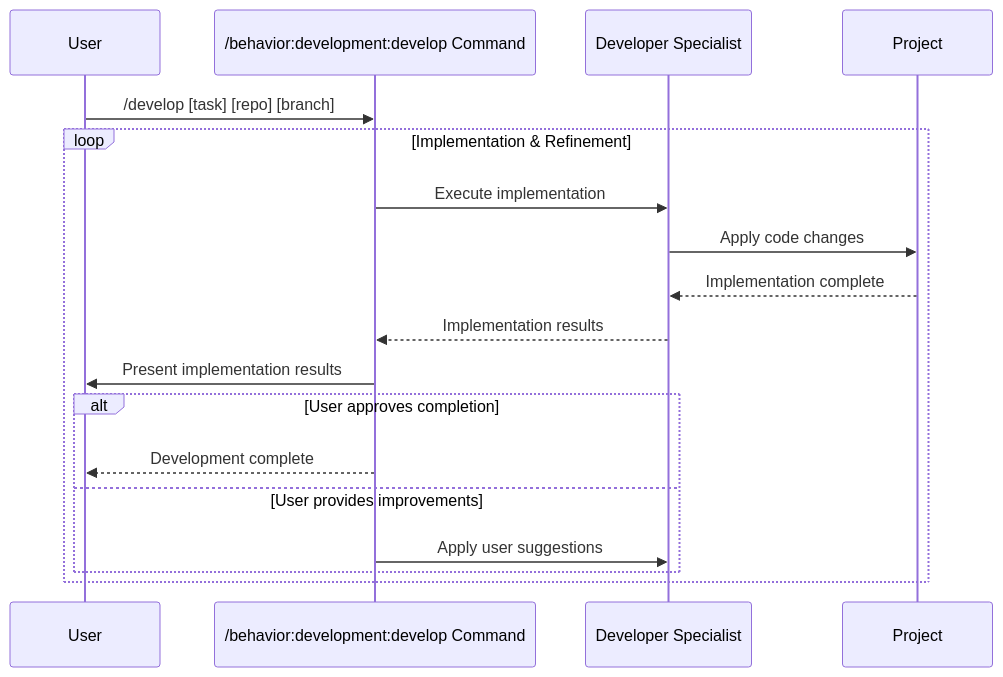
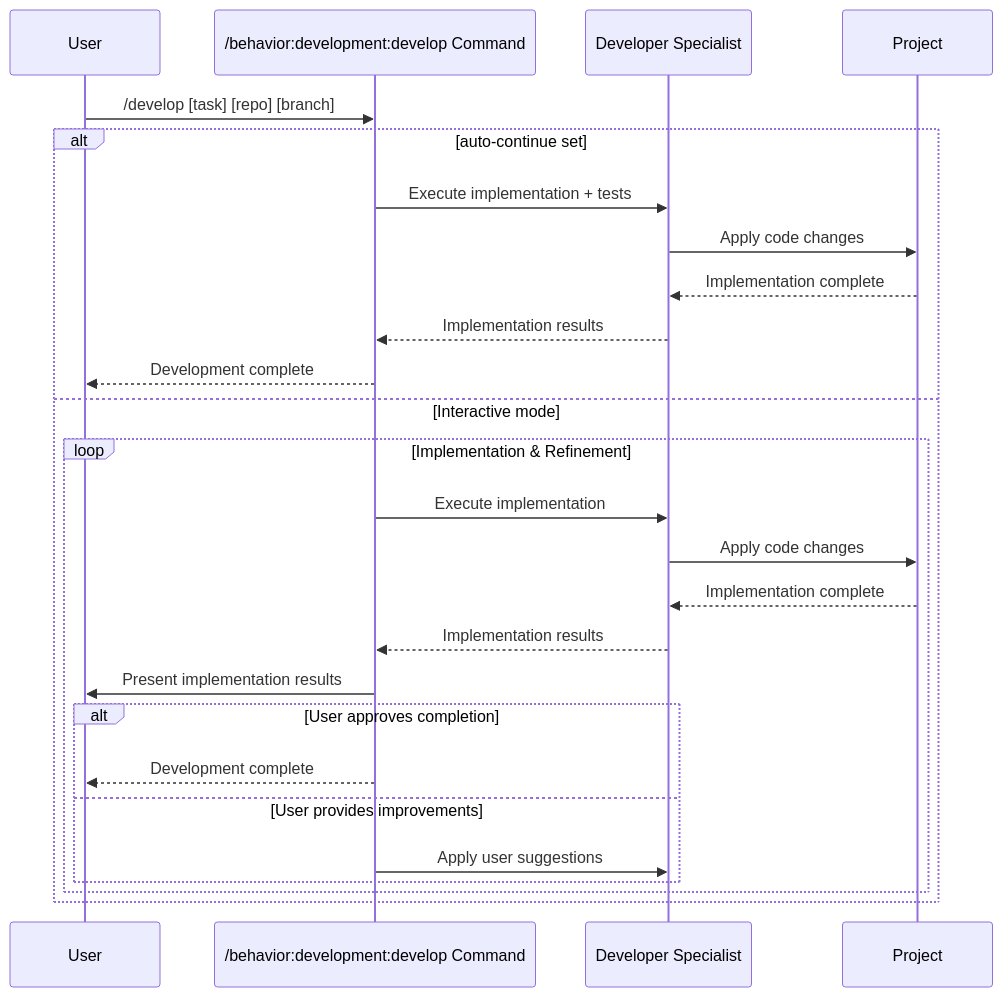
Before and after one commit to zzaia/zzaia-agentic-workspace: the diagram in .claude/commands/behavior/development/develop.md, drawn with Mermaid. The commit also changed other lines of this file and 4 other files, not shown here.

````diff
--- a/.claude/commands/behavior/development/develop.md
+++ b/.claude/commands/behavior/development/develop.md
@@ -54,22 +54,30 @@
 ```mermaid
 sequenceDiagram
     participant U as User
     participant C as /behavior:development:develop Command
     participant DS as Developer Specialist
     participant P as Project
 
     U->>C: /develop [task] [repo] [branch]
 
-    loop Implementation & Refinement
-        C->>DS: Execute implementation
+    alt auto-continue set
+        C->>DS: Execute implementation + tests
         DS->>P: Apply code changes
         P-->>DS: Implementation complete
         DS-->>C: Implementation results
-        C->>U: Present implementation results
-        alt User approves completion
-            C-->>U: Development complete
-        else User provides improvements
-            C->>DS: Apply user suggestions
+        C-->>U: Development complete
+    else Interactive mode
+        loop Implementation & Refinement
+            C->>DS: Execute implementation
+            DS->>P: Apply code changes
+            P-->>DS: Implementation complete
+            DS-->>C: Implementation results
+            C->>U: Present implementation results
+            alt User approves completion
+                C-->>U: Development complete
+            else User provides improvements
+                C->>DS: Apply user suggestions
+            end
         end
     end
 ```
````
